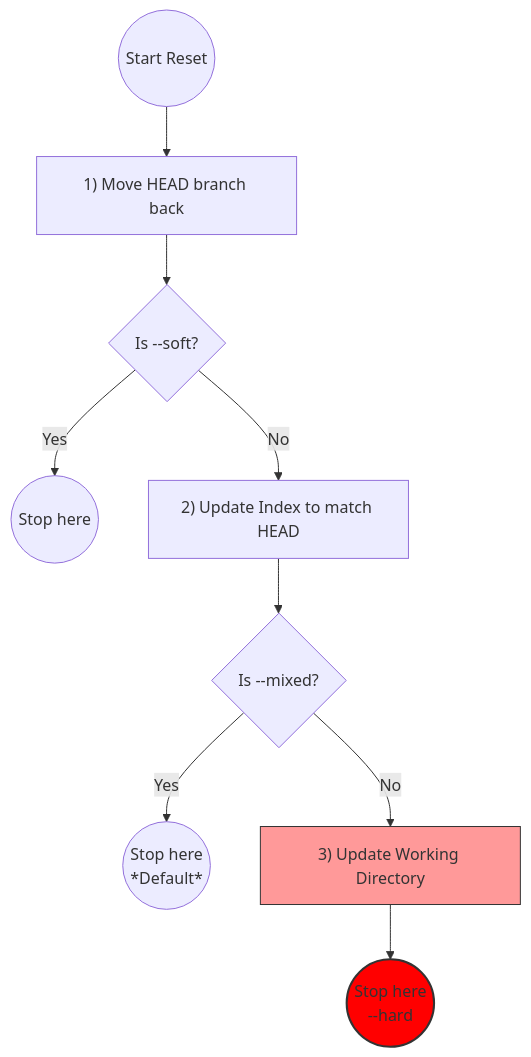
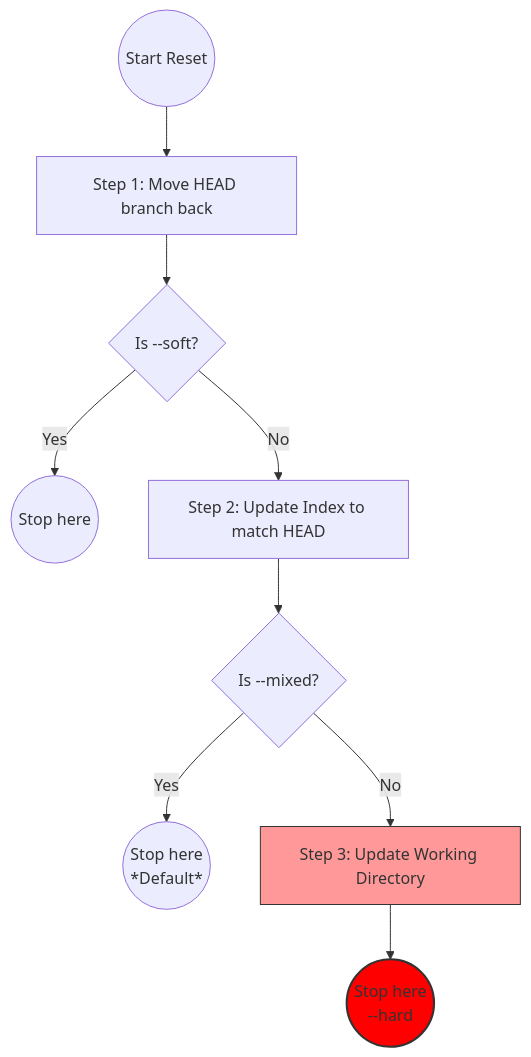
One commit to muhammad-khaled-tech/Programming-Fundamentals-c-c- changed the sixth of 6 diagrams in Git/Untitled.md. Above: the diagram before and after it, drawn with Mermaid. The commit also changed 1 other file, not shown here.

Commit message:
programming fundamentals

````diff
--- a/Git/Untitled.md
+++ b/Git/Untitled.md
@@ -508,14 +508,14 @@
 ```mermaid
 graph TD
-    Start(("Start Reset")) --> Step1["1) Move HEAD branch back"]
+    Start(("Start Reset")) --> Step1["Step 1: Move HEAD branch back"]
     Step1 --> Soft{"Is --soft?"}
     Soft -- Yes --> StopSoft(("Stop here"))
-    Soft -- No --> Step2["2) Update Index to match HEAD"]
+    Soft -- No --> Step2["Step 2: Update Index to match HEAD"]
     Step2 --> Mixed{"Is --mixed?"}
     Mixed -- Yes --> StopMixed(("Stop here <br/> *Default*"))
-    Mixed -- No --> Step3["3) Update Working Directory"]
+    Mixed -- No --> Step3["Step 3: Update Working Directory"]
     Step3 --> StopHard(("Stop here <br/> --hard"))
 
     style StopHard fill:#f00,stroke:#333,stroke-width:2px
     style Step3 fill:#f99,stroke:#333
 ```
````
